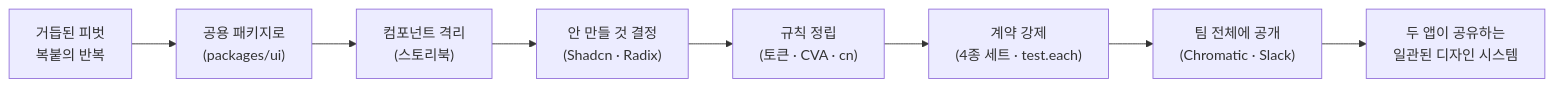
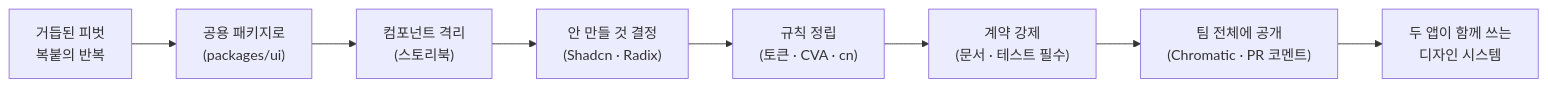
Before and after one commit to dydals3440/YOLOG: the sixth of 6 diagrams in src/content/post/blog/design-system-shadcn-stack.mdx, drawn with Mermaid. The commit also changed other lines of this file, not shown here.

````diff
--- a/src/content/post/blog/design-system-shadcn-stack.mdx
+++ b/src/content/post/blog/design-system-shadcn-stack.mdx
@@ -614,10 +709,10 @@
 ```mermaid
 flowchart LR
     P["거듭된 피벗<br/>복붙의 반복"] --> K["공용 패키지로<br/>(packages/ui)"]
     K --> A["컴포넌트 격리<br/>(스토리북)"]
     A --> B["안 만들 것 결정<br/>(Shadcn · Radix)"]
     B --> C["규칙 정립<br/>(토큰 · CVA · cn)"]
-    C --> D["계약 강제<br/>(4종 세트 · test.each)"]
-    D --> F["팀 전체에 공개<br/>(Chromatic · Slack)"]
-    F --> E["두 앱이 공유하는<br/>일관된 디자인 시스템"]
+    C --> D["계약 강제<br/>(문서 · 테스트 필수)"]
+    D --> F["팀 전체에 공개<br/>(Chromatic · PR 코멘트)"]
+    F --> E["두 앱이 함께 쓰는<br/>디자인 시스템"]
 ```
````
